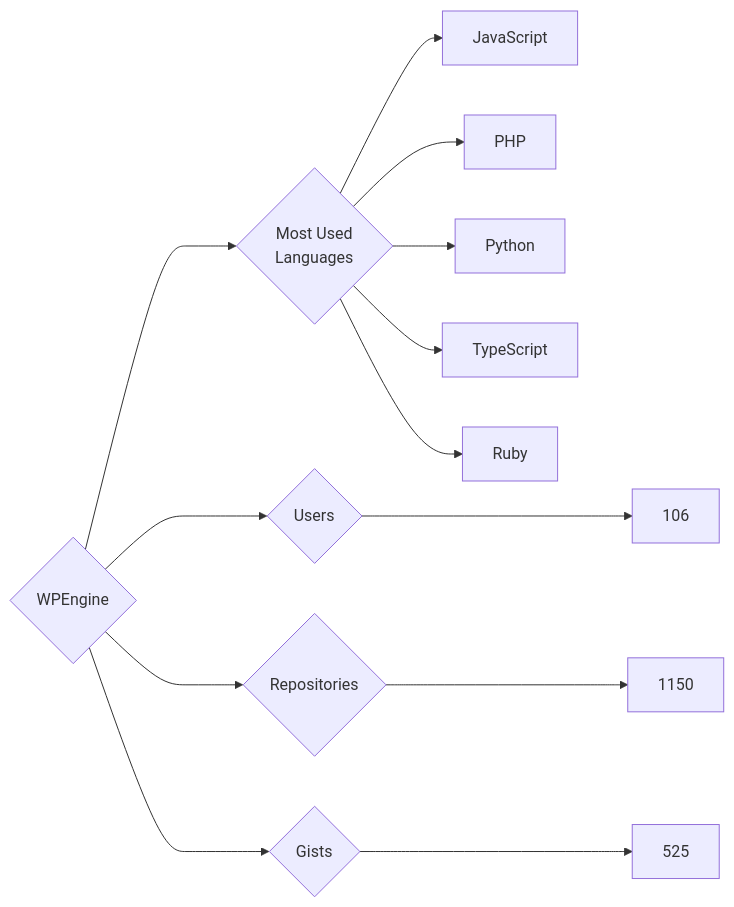
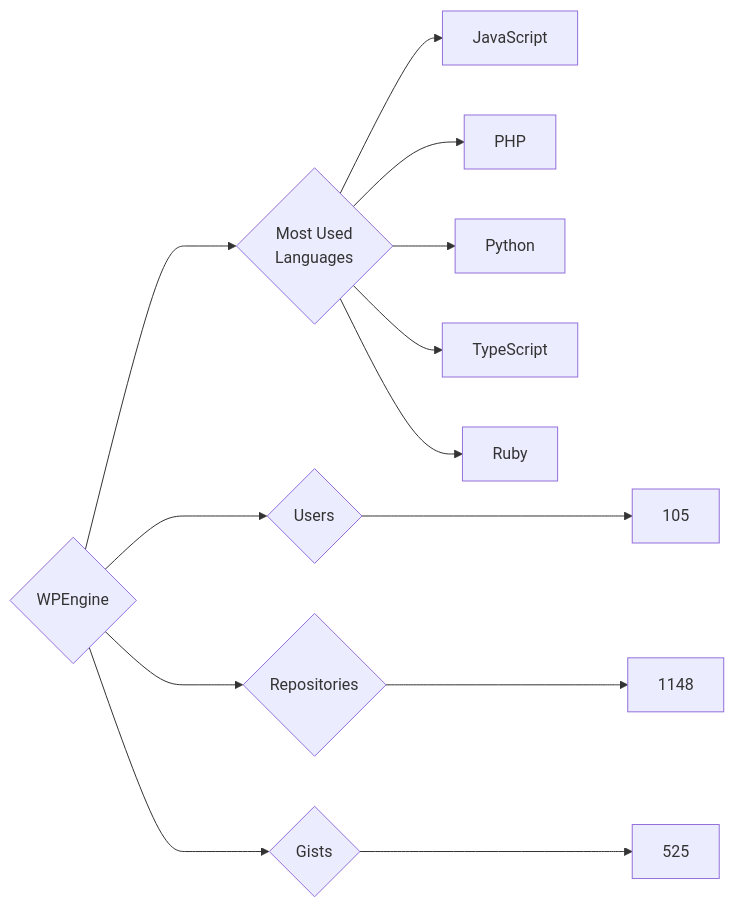
Before and after one commit to trickest/insiders: the diagram in targets/WPEngine/README.md, drawn with Mermaid. The commit also changed 851 other files, not shown here.

````diff
--- a/targets/WPEngine/README.md
+++ b/targets/WPEngine/README.md
@@ -3,13 +3,13 @@
 ```mermaid
 graph LR
 COMPANY_NAME{WPEngine}
-COMPANY_NAME ---> U{Users} ---> UN[106]
-COMPANY_NAME ---> R{Repositories} ---> RN[1150]
+COMPANY_NAME ---> U{Users} ---> UN[105]
+COMPANY_NAME ---> R{Repositories} ---> RN[1148]
 COMPANY_NAME ---> G{Gists} ---> GN[525]
 COMPANY_NAME ---> ML{Most Used<br>Languages}
 ML --> JavaScript[JavaScript]
 ML --> PHP[PHP]
 ML --> Python[Python]
 ML --> TypeScript[TypeScript]
 ML --> Ruby[Ruby]
 ```
````
